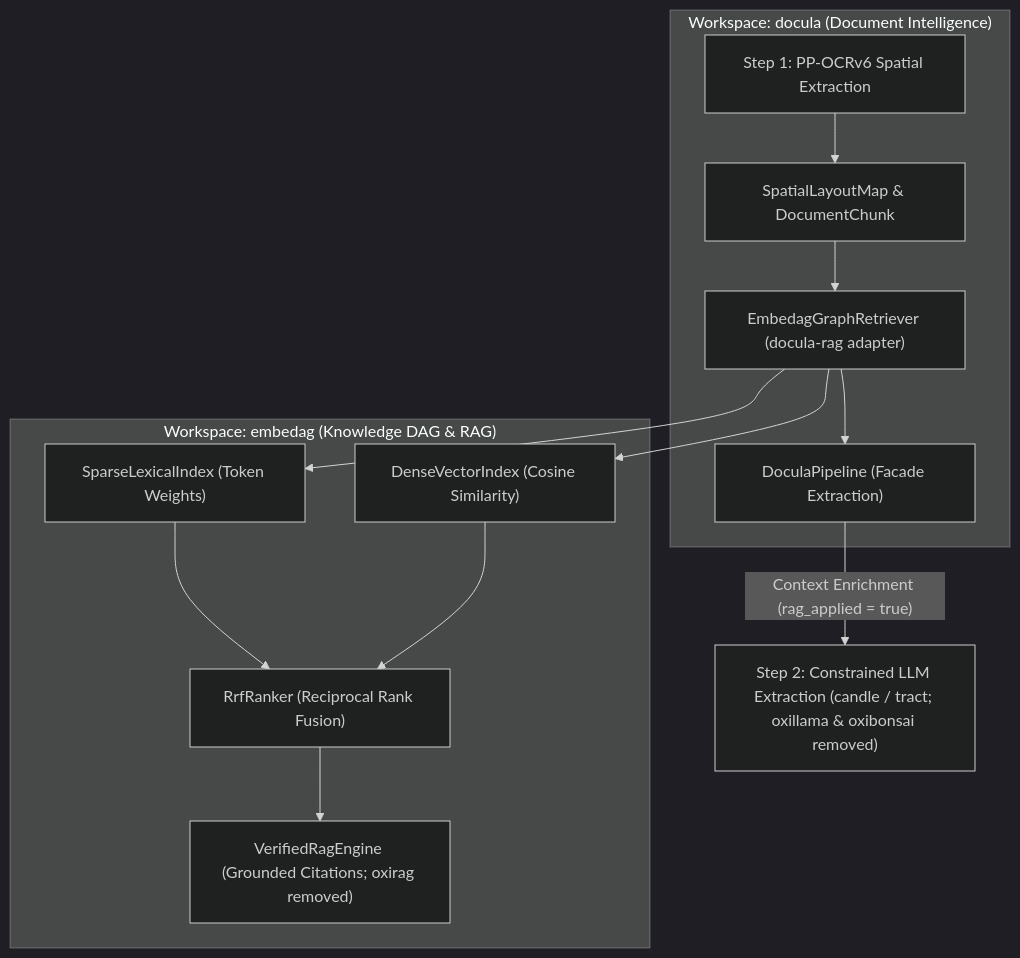
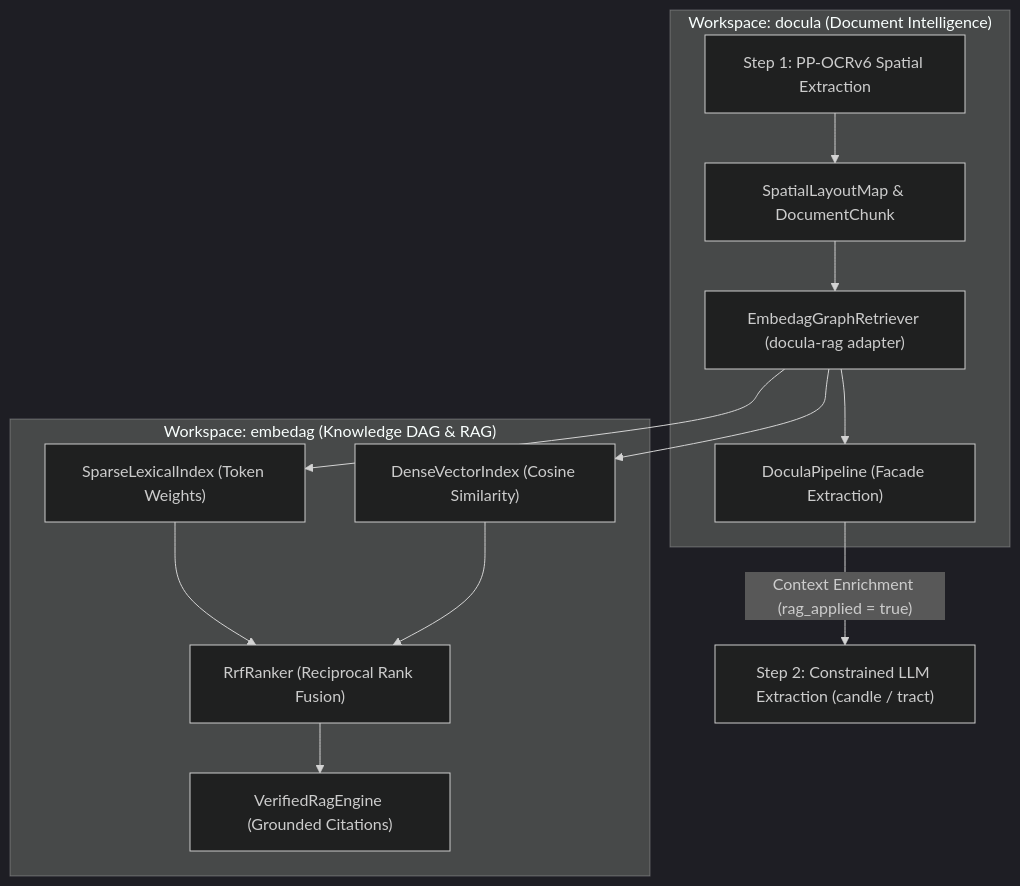
The second of 2 diagrams in docs/11_RAG_AND_LARGE_DOCUMENT_RETRIEVAL.md (yasuomaidana/docula), drawn with Mermaid (dark theme) before and after one commit. The commit also changed other lines of this file and 16 other files, not shown here.

Commit message:
[DOCULA-45] docs: drop removed oxirag/oxillama/oxibonsai from status and specs

````diff
--- a/docs/11_RAG_AND_LARGE_DOCUMENT_RETRIEVAL.md
+++ b/docs/11_RAG_AND_LARGE_DOCUMENT_RETRIEVAL.md
@@ -138,26 +138,26 @@
 ```mermaid
 flowchart TD
     subgraph DoculaWorkspace ["Workspace: docula (Document Intelligence)"]
         OCR["Step 1: PP-OCRv6 Spatial Extraction"]
         Layout["SpatialLayoutMap & DocumentChunk"]
         Pipeline["DoculaPipeline (Facade Extraction)"]
         Retriever["EmbedagGraphRetriever (docula-rag adapter)"]
         OCR --> Layout
         Layout --> Retriever
         Retriever --> Pipeline
     end
 
     subgraph EmbedagRAG ["Workspace: embedag (Knowledge DAG & RAG)"]
         Sparse["SparseLexicalIndex (Token Weights)"]
         Dense["DenseVectorIndex (Cosine Similarity)"]
         RRF["RrfRanker (Reciprocal Rank Fusion)"]
-        VerifiedEngine["VerifiedRagEngine (Grounded Citations; oxirag removed)"]
+        VerifiedEngine["VerifiedRagEngine (Grounded Citations)"]
         Retriever --> Sparse
         Retriever --> Dense
         Sparse --> RRF
         Dense --> RRF
         RRF --> VerifiedEngine
     end
 
-    Pipeline -->|" Context Enrichment (rag_applied = true) "| LLM["Step 2: Constrained LLM Extraction (candle / tract; oxillama & oxibonsai removed)"]
+    Pipeline -->|" Context Enrichment (rag_applied = true) "| LLM["Step 2: Constrained LLM Extraction (candle / tract)"]
 ```
````
